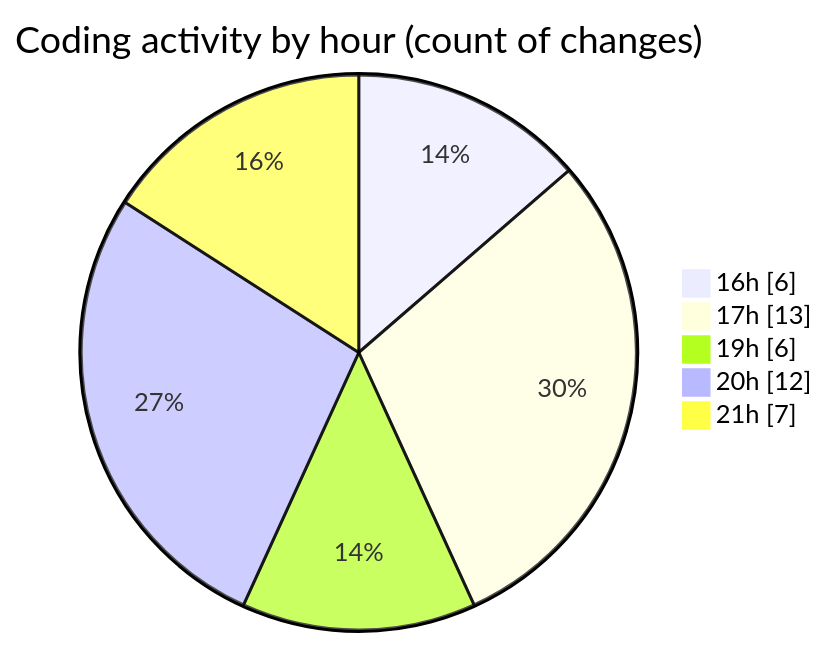
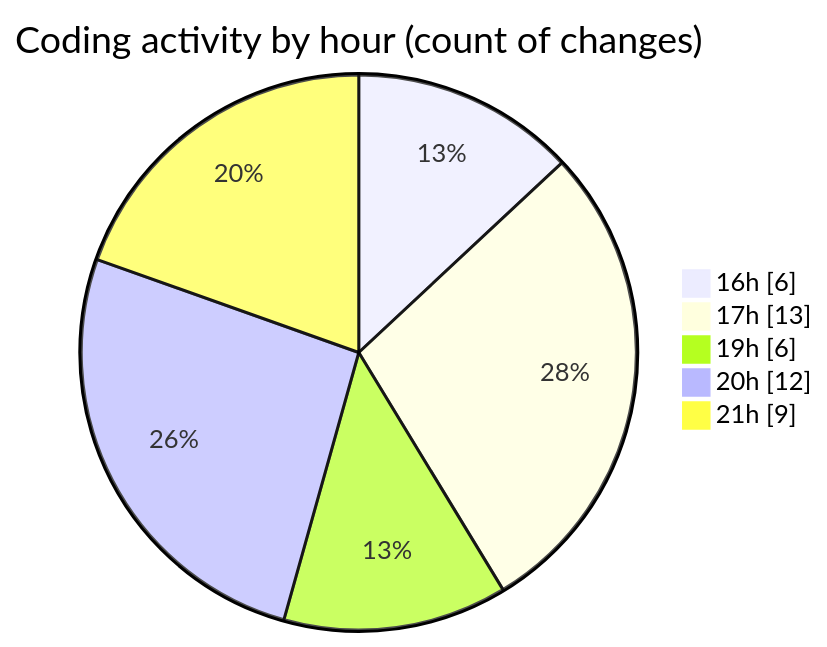
One commit to idhammustaqopulfikri/code-tracking changed the second of 2 diagrams in 2025-06-22/studio-backend/README.md. Above: the diagram before and after it, drawn with Mermaid. The commit also changed other lines of this file and 1 other file, not shown here.

````diff
--- a/2025-06-22/studio-backend/README.md
+++ b/2025-06-22/studio-backend/README.md
@@ -37,9 +37,9 @@
 ```mermaid
 pie showData
 title Coding activity by hour (count of changes)
 "16h" : 6
 "17h" : 13
 "19h" : 6
 "20h" : 12
-"21h" : 7
+"21h" : 9
 ```
````
